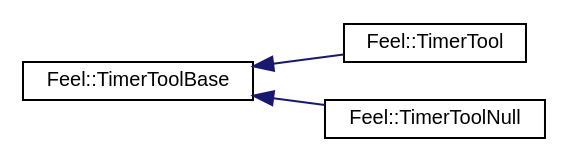
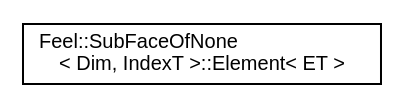
One commit to feelpp/feelpp changed the diagram in inherit_graph_424.dot. Above: the diagram before and after it, drawn with Graphviz. The commit also changed 1416 other files, not shown here.

```diff
--- a/inherit_graph_424.dot
+++ b/inherit_graph_424.dot
@@ -1,12 +1,8 @@
 digraph "Graphical Class Hierarchy"
 {
  // LATEX_PDF_SIZE
   edge [fontname="Helvetica",fontsize="10",labelfontname="Helvetica",labelfontsize="10"];
   node [fontname="Helvetica",fontsize="10",shape=record];
   rankdir="LR";
-  Node0 [label="Feel::TimerToolBase",height=0.2,width=0.4,color="black", fillcolor="white", style="filled",URL="$classFeel_1_1TimerToolBase.html",tooltip=" "];
-  Node0 -> Node1 [dir="back",color="midnightblue",fontsize="10",style="solid",fontname="Helvetica"];
-  Node1 [label="Feel::TimerTool",height=0.2,width=0.4,color="black", fillcolor="white", style="filled",URL="$classFeel_1_1TimerTool.html",tooltip=" "];
-  Node0 -> Node2 [dir="back",color="midnightblue",fontsize="10",style="solid",fontname="Helvetica"];
-  Node2 [label="Feel::TimerToolNull",height=0.2,width=0.4,color="black", fillcolor="white", style="filled",URL="$classFeel_1_1TimerToolNull.html",tooltip=" "];
+  Node0 [label="Feel::SubFaceOfNone\l\< Dim, IndexT \>::Element\< ET \>",height=0.2,width=0.4,color="black", fillcolor="white", style="filled",URL="$structFeel_1_1SubFaceOfNone_1_1Element.html",tooltip=" "];
 }
```
